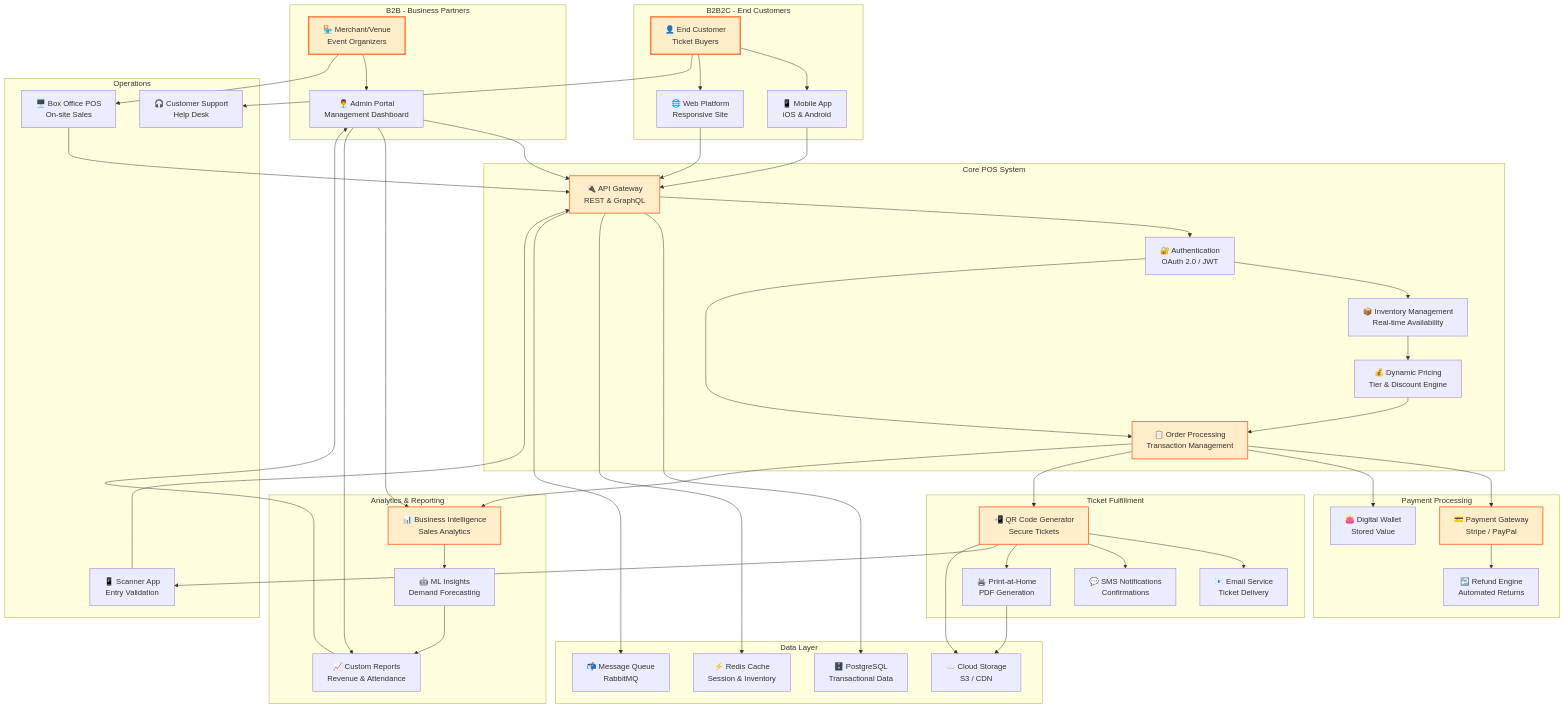
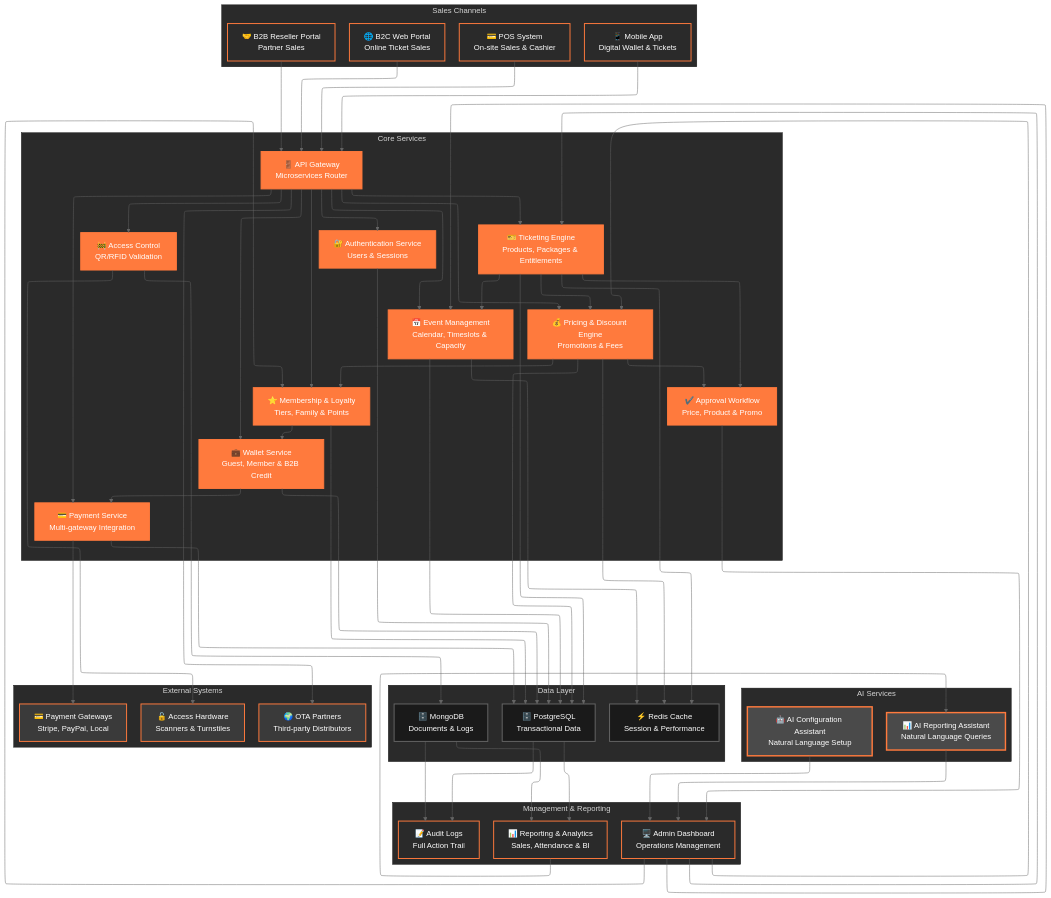
The diagram in data/diagrams/mngo.mermaid (fulers-technologies/projects-detailed-meeting-presentation), drawn with Mermaid before and after one commit. The commit also changed 8 other files, not shown here.

```diff
--- a/data/diagrams/mngo.mermaid
+++ b/data/diagrams/mngo.mermaid
@@ -1,110 +1,135 @@
+---
+config:
+  theme: base
+  themeVariables:
+    primaryColor: '#FF7A3D'
+    primaryTextColor: '#fff'
+    primaryBorderColor: '#FF7A3D'
+    lineColor: '#666'
+    secondaryColor: '#1a1a1a'
+    tertiaryColor: '#2a2a2a'
+    background: '#0a0a0a'
+    mainBkg: '#1a1a1a'
+    secondBkg: '#2a2a2a'
+    nodeTextColor: '#fff'
+    textColor: '#fff'
+    edgeLabelBackground: '#1a1a1a'
+  layout: elk
+---
+
 flowchart TB
-    subgraph B2B["B2B - Business Partners"]
-        Merchant["🏪 Merchant/Venue<br/>Event Organizers"]
-        Admin["👨‍💼 Admin Portal<br/>Management Dashboard"]
-    end
+
+subgraph Channels["Sales Channels"]
+    POS["💳 POS System<br/>On-site Sales & Cashier"]
+    B2C["🌐 B2C Web Portal<br/>Online Ticket Sales"]
+    B2B["🤝 B2B Reseller Portal<br/>Partner Sales"]
+    Mobile["📱 Mobile App<br/>Digital Wallet & Tickets"]
+end
+
+subgraph Core["Core Services"]
+    Gateway["🚪 API Gateway<br/>Microservices Router"]
+    Auth["🔐 Authentication Service<br/>Users & Sessions"]
     
-    subgraph B2B2C["B2B2C - End Customers"]
-        Customer["👤 End Customer<br/>Ticket Buyers"]
-        Mobile["📱 Mobile App<br/>iOS & Android"]
-        Web["🌐 Web Platform<br/>Responsive Site"]
-    end
+    Ticketing["🎫 Ticketing Engine<br/>Products, Packages & Entitlements"]
+    Events["📅 Event Management<br/>Calendar, Timeslots & Capacity"]
+    Pricing["💰 Pricing & Discount Engine<br/>Promotions & Fees"]
     
-    subgraph Core["Core POS System"]
-        API["🔌 API Gateway<br/>REST & GraphQL"]
-        Auth["🔐 Authentication<br/>OAuth 2.0 / JWT"]
-        Inventory["📦 Inventory Management<br/>Real-time Availability"]
-        Pricing["💰 Dynamic Pricing<br/>Tier & Discount Engine"]
-        Order["📋 Order Processing<br/>Transaction Management"]
-    end
+    Membership["⭐ Membership & Loyalty<br/>Tiers, Family & Points"]
+    Wallet["💼 Wallet Service<br/>Guest, Member & B2B Credit"]
+    Payment["💳 Payment Service<br/>Multi-gateway Integration"]
     
-    subgraph Payment["Payment Processing"]
-        Gateway["💳 Payment Gateway<br/>Stripe / PayPal"]
-        Wallet["👛 Digital Wallet<br/>Stored Value"]
-        Refund["↩️ Refund Engine<br/>Automated Returns"]
-    end
-    
-    subgraph Fulfillment["Ticket Fulfillment"]
-        QR["📲 QR Code Generator<br/>Secure Tickets"]
-        Email["📧 Email Service<br/>Ticket Delivery"]
-        SMS["💬 SMS Notifications<br/>Confirmations"]
-        Print["🖨️ Print-at-Home<br/>PDF Generation"]
-    end
-    
-    subgraph Analytics["Analytics & Reporting"]
-        BI["📊 Business Intelligence<br/>Sales Analytics"]
-        Reports["📈 Custom Reports<br/>Revenue & Attendance"]
-        ML["🤖 ML Insights<br/>Demand Forecasting"]
-    end
-    
-    subgraph Operations["Operations"]
-        Scanner["📱 Scanner App<br/>Entry Validation"]
-        POS["🖥️ Box Office POS<br/>On-site Sales"]
-        Support["🎧 Customer Support<br/>Help Desk"]
-    end
-    
-    subgraph Data["Data Layer"]
-        DB["🗄️ PostgreSQL<br/>Transactional Data"]
-        Cache["⚡ Redis Cache<br/>Session & Inventory"]
-        Queue["📬 Message Queue<br/>RabbitMQ"]
-        Storage["☁️ Cloud Storage<br/>S3 / CDN"]
-    end
-    
-    %% B2B Flow
-    Merchant --> Admin
-    Admin --> API
-    Admin --> BI
-    Admin --> Reports
-    
-    %% B2B2C Flow
-    Customer --> Mobile
-    Customer --> Web
-    Mobile --> API
-    Web --> API
-    
-    %% Core Processing
-    API --> Auth
-    Auth --> Inventory
-    Auth --> Order
-    Inventory --> Pricing
-    Pricing --> Order
-    
-    %% Payment Flow
-    Order --> Gateway
-    Order --> Wallet
-    Gateway --> Refund
-    
-    %% Fulfillment Flow
-    Order --> QR
-    QR --> Email
-    QR --> SMS
-    QR --> Print
-    
-    %% Operations Flow
-    QR --> Scanner
-    Merchant --> POS
-    POS --> API
-    Scanner --> API
-    Customer --> Support
-    
-    %% Analytics Flow
-    Order --> BI
-    BI --> ML
-    ML --> Reports
-    Reports --> Admin
-    
-    %% Data Layer
-    API --> DB
-    API --> Cache
-    API --> Queue
-    QR --> Storage
-    Print --> Storage
-    
-    %% Styling
-    style Merchant fill:#FF7A3D20,stroke:#FF7A3D,stroke-width:3px
-    style Customer fill:#FF7A3D20,stroke:#FF7A3D,stroke-width:3px
-    style API fill:#FF7A3D20,stroke:#FF7A3D,stroke-width:2px
-    style Order fill:#FF7A3D20,stroke:#FF7A3D,stroke-width:2px
-    style Gateway fill:#FF7A3D20,stroke:#FF7A3D,stroke-width:2px
-    style QR fill:#FF7A3D20,stroke:#FF7A3D,stroke-width:2px
-    style BI fill:#FF7A3D20,stroke:#FF7A3D,stroke-width:2px
+    Access["🚧 Access Control<br/>QR/RFID Validation"]
+    Approval["✔️ Approval Workflow<br/>Price, Product & Promo"]
+end
+
+subgraph AI["AI Services"]
+    AIConfig["🤖 AI Configuration Assistant<br/>Natural Language Setup"]
+    AIReport["📊 AI Reporting Assistant<br/>Natural Language Queries"]
+end
+
+subgraph Data["Data Layer"]
+    PostgreSQL["🗄️ PostgreSQL<br/>Transactional Data"]
+    MongoDB["🗄️ MongoDB<br/>Documents & Logs"]
+    Redis["⚡ Redis Cache<br/>Session & Performance"]
+end
+
+subgraph External["External Systems"]
+    PaymentGW["💳 Payment Gateways<br/>Stripe, PayPal, Local"]
+    AccessHW["🔓 Access Hardware<br/>Scanners & Turnstiles"]
+    OTA["🌍 OTA Partners<br/>Third-party Distributors"]
+end
+
+subgraph Management["Management & Reporting"]
+    Admin["🖥️ Admin Dashboard<br/>Operations Management"]
+    Reports["📊 Reporting & Analytics<br/>Sales, Attendance & BI"]
+    Audit["📝 Audit Logs<br/>Full Action Trail"]
+end
+
+POS --> Gateway
+B2C --> Gateway
+B2B --> Gateway
+Mobile --> Gateway
+
+Gateway --> Auth
+Gateway --> Ticketing
+Gateway --> Events
+Gateway --> Pricing
+Gateway --> Membership
+Gateway --> Wallet
+Gateway --> Payment
+Gateway --> Access
+
+Ticketing --> Events
+Ticketing --> Pricing
+Pricing --> Membership
+Membership --> Wallet
+Wallet --> Payment
+
+Payment --> PaymentGW
+Access --> AccessHW
+
+Auth --> PostgreSQL
+Ticketing --> PostgreSQL
+Events --> PostgreSQL
+Pricing --> PostgreSQL
+Membership --> PostgreSQL
+Wallet --> PostgreSQL
+Payment --> PostgreSQL
+Access --> MongoDB
+
+Ticketing --> Redis
+Events --> Redis
+Pricing --> Redis
+
+PostgreSQL --> Reports
+MongoDB --> Reports
+Reports --> AIReport
+
+AIConfig --> Admin
+AIReport --> Admin
+Approval --> Admin
+
+Admin --> Ticketing
+Admin --> Events
+Admin --> Pricing
+Admin --> Membership
+
+Ticketing --> Approval
+Pricing --> Approval
+
+PostgreSQL --> Audit
+MongoDB --> Audit
+
+Gateway --> OTA
+
+classDef primary fill:#FF7A3D,stroke:#FF7A3D,stroke-width:2px,color:#fff
+classDef secondary fill:#2a2a2a,stroke:#FF7A3D,stroke-width:2px,color:#fff
+classDef storage fill:#1a1a1a,stroke:#666,stroke-width:2px,color:#fff
+classDef external fill:#3a3a3a,stroke:#FF7A3D,stroke-width:2px,color:#fff
+classDef ai fill:#4a4a4a,stroke:#FF7A3D,stroke-width:3px,color:#fff
+
+class Gateway,Auth,Ticketing,Events,Pricing,Membership,Wallet,Payment,Access,Approval primary
+class POS,B2C,B2B,Mobile,Admin,Reports,Audit secondary
+class PostgreSQL,MongoDB,Redis storage
+class PaymentGW,AccessHW,OTA external
+class AIConfig,AIReport ai
```
